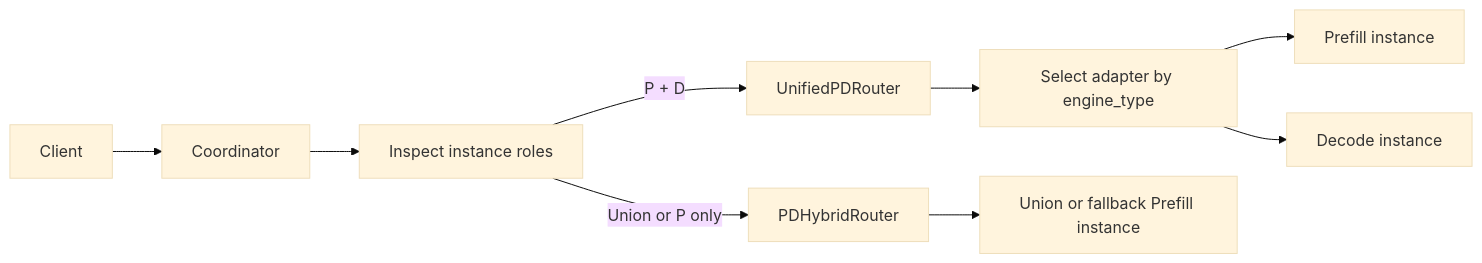
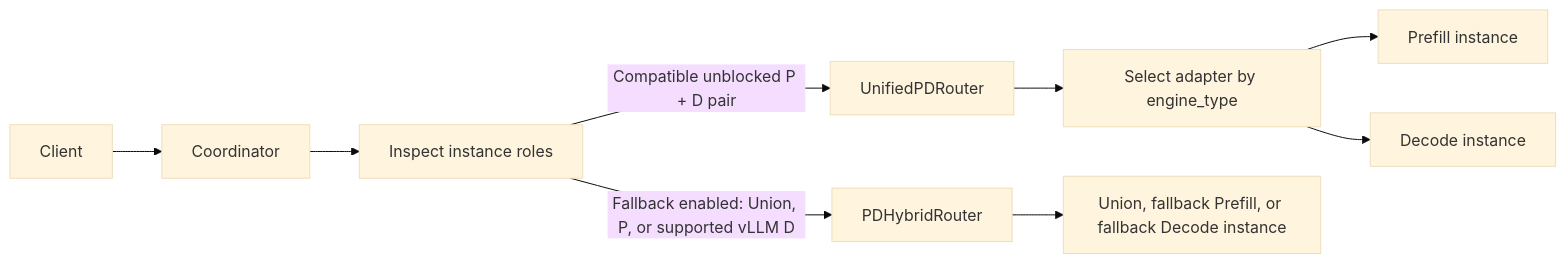
Before and after one commit to Ascend/MindIE-Motor: the first of 2 diagrams in docs/zh/design/pd_disaggregation.md, drawn with Mermaid (base theme). The commit also changed other lines of this file and 22 other files, not shown here.

First paragraph of the commit message:
feat(coordinator): support decode co-location fallback

````diff
--- a/docs/zh/design/pd_disaggregation.md
+++ b/docs/zh/design/pd_disaggregation.md
@@ -95,11 +104,11 @@
 ```mermaid
 flowchart LR
     Client[Client] --> Coord[Coordinator]
     Coord --> Roles[Inspect instance roles]
-    Roles -->|P + D| Unified[UnifiedPDRouter]
-    Roles -->|Union or P only| Hybrid[PDHybridRouter]
+    Roles -->|Compatible unblocked P + D pair| Unified[UnifiedPDRouter]
+    Roles -->|Fallback enabled: Union, P, or supported vLLM D| Hybrid[PDHybridRouter]
     Unified --> Adapter[Select adapter by engine_type]
     Adapter --> EngineP[Prefill instance]
     Adapter --> EngineD[Decode instance]
-    Hybrid --> EngineU[Union or fallback Prefill instance]
+    Hybrid --> EngineU[Union, fallback Prefill, or fallback Decode instance]
 ```
````
